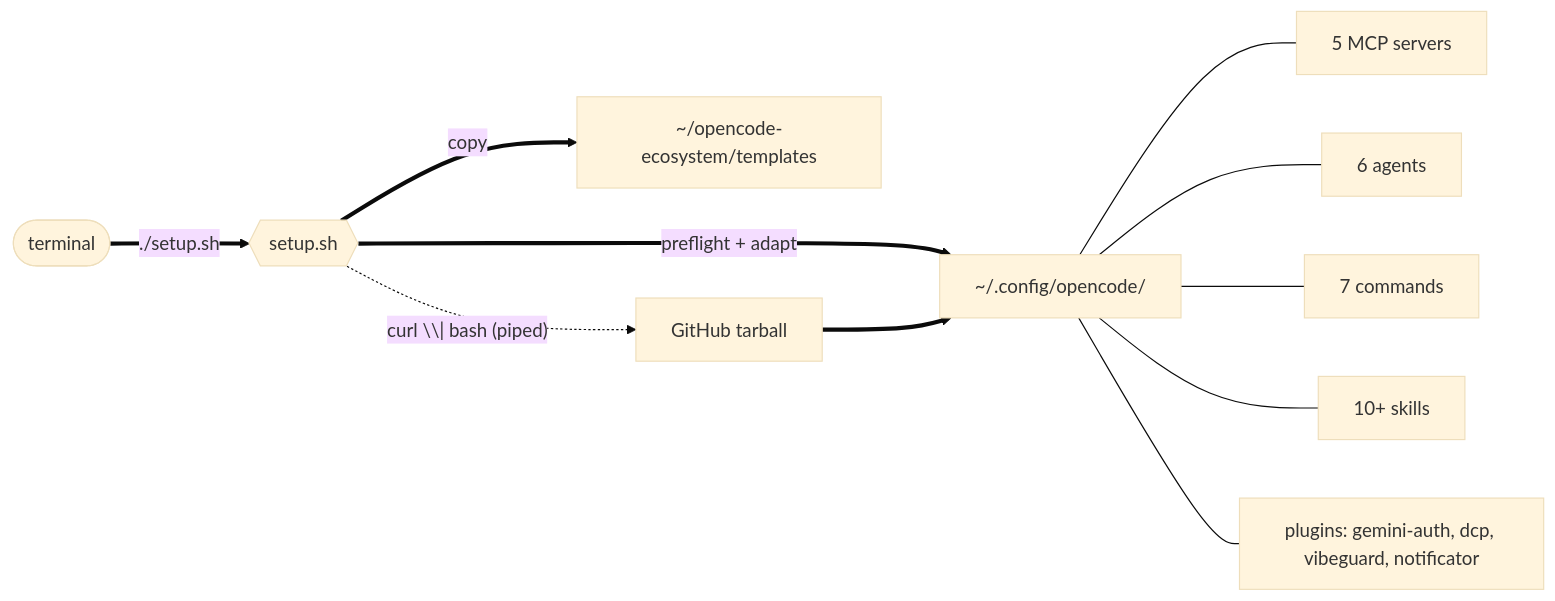
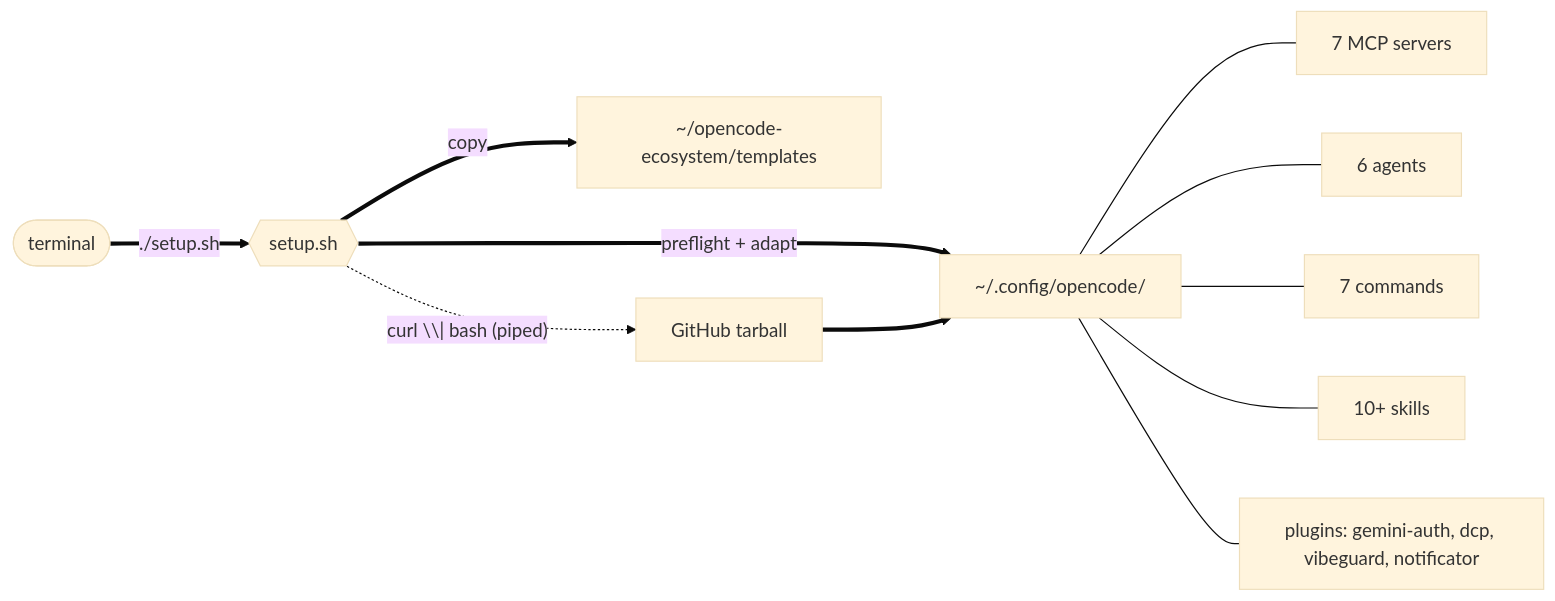
One commit to kiraadityaa/setup-opencode changed the diagram in README.md. Above: the diagram before and after it, drawn with Mermaid (base theme). The commit also changed other lines of this file, not shown here.

Commit message:
docs: fix quick start, verify steps, and update MCP counts

````diff
--- a/README.md
+++ b/README.md
@@ -54,13 +70,13 @@
 ```mermaid
 flowchart LR
     U(["terminal"]) ==>|"./setup.sh"| S{{"setup.sh"}}
     S ==>|"preflight + adapt"| O["~/.config/opencode/"]
     S ==>|"copy"| T["~/opencode-ecosystem/templates"]
-    O --- M["5 MCP servers"]
+    O --- M["7 MCP servers"]
     O --- A["6 agents"]
     O --- C["7 commands"]
     O --- K["10+ skills"]
     O --- P["plugins: gemini-auth, dcp, vibeguard, notificator"]
     S -.->|"curl \\| bash (piped)"| G["GitHub tarball"]
     G ==> O
 ```
````
